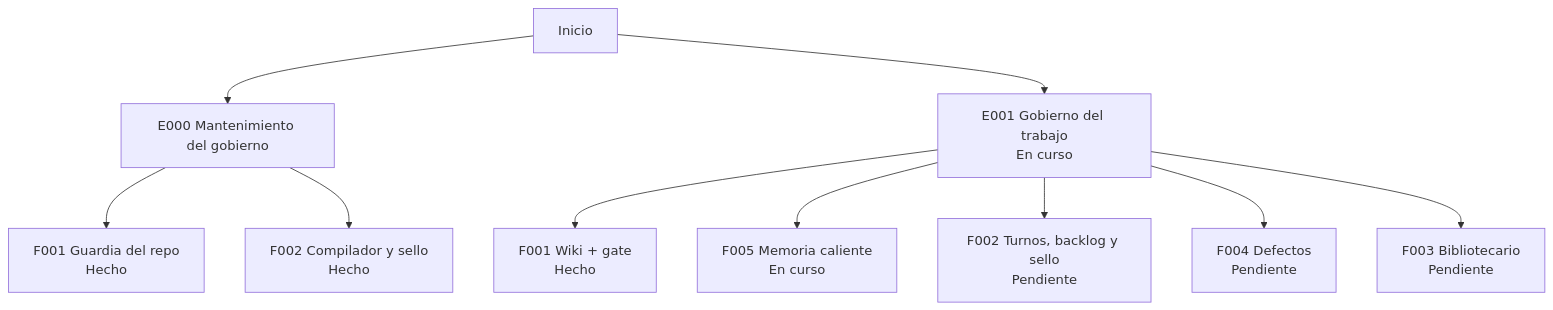
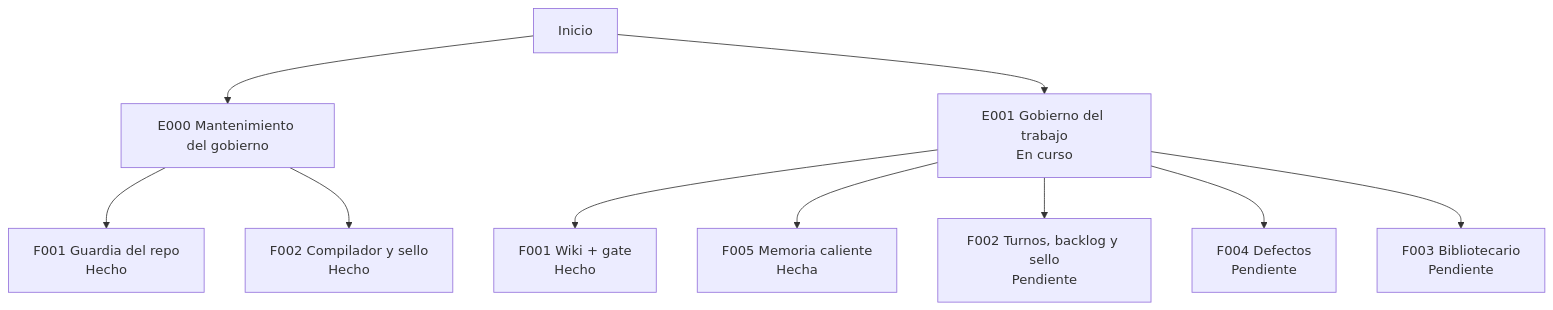
One commit to jliberal-aquas/aquas-central-harness-government changed the second of 2 diagrams in docs/README.md. Above: the diagram before and after it, drawn with Mermaid. The commit also changed other lines of this file and 12 other files, not shown here.

First line of the commit message:
Memoria caliente: archivo al cerrar el slice y arranque en frío (E001/F005/S003)

````diff
--- a/docs/README.md
+++ b/docs/README.md
@@ -103,12 +103,12 @@
 ```mermaid
 flowchart TD
     R["Inicio"] --> E0["E000 Mantenimiento del gobierno"]
     R --> E1["E001 Gobierno del trabajo<br/>En curso"]
     E0 --> E0F1["F001 Guardia del repo<br/>Hecho"]
     E0 --> E0F2["F002 Compilador y sello<br/>Hecho"]
     E1 --> E1F1["F001 Wiki + gate<br/>Hecho"]
-    E1 --> E1F5["F005 Memoria caliente<br/>En curso"]
+    E1 --> E1F5["F005 Memoria caliente<br/>Hecha"]
     E1 --> E1F2["F002 Turnos, backlog y sello<br/>Pendiente"]
     E1 --> E1F4["F004 Defectos<br/>Pendiente"]
     E1 --> E1F3["F003 Bibliotecario<br/>Pendiente"]
 ```
````
